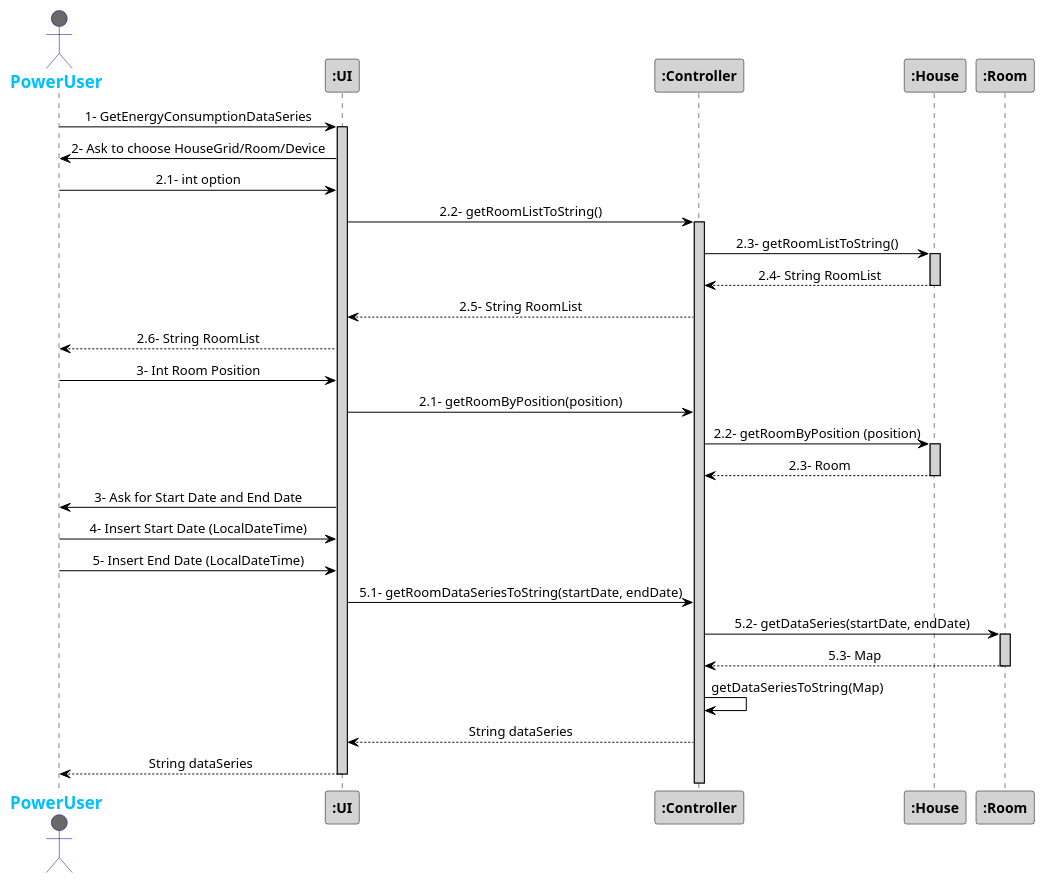
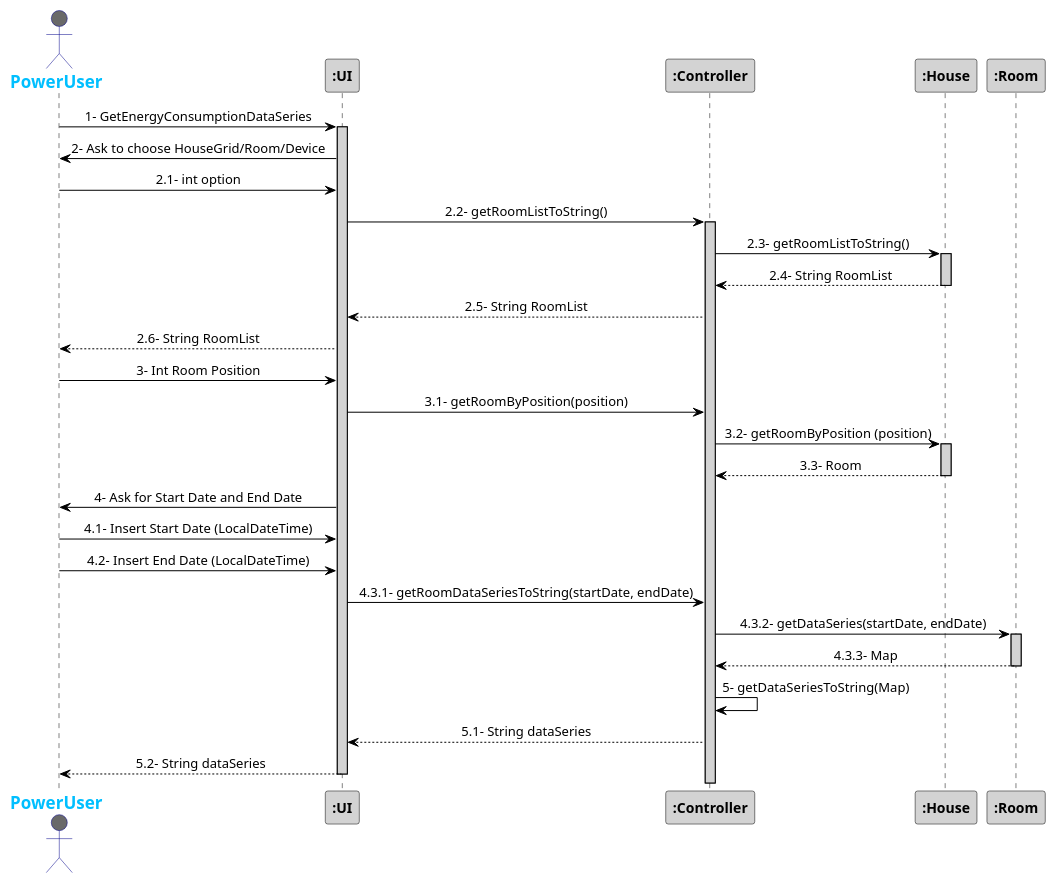
One commit to 1181687/hateoasToy changed the diagram in src/Docs/Sprint3/GetEnergyConsumptionDataSeriesInterval.puml. Above: the diagram before and after it, drawn with PlantUML.

Commit message:
Adresses #93 Changed GetEnergyConsumptionDataSeriesInterval sequence diagram

```diff
--- a/src/Docs/Sprint3/GetEnergyConsumptionDataSeriesInterval.puml
+++ b/src/Docs/Sprint3/GetEnergyConsumptionDataSeriesInterval.puml
@@ -1,55 +1,55 @@
 @startuml
 skinparam sequenceMessageAlign center
 skinparam sequence {
 	ArrowColor Black
 	ActorBorderColor DarkBlue
 	LifeLineBorderColor black
 	LifeLineBackgroundColor LightGrey
 
 	ParticipantBorderColor Black
 	ParticipantBackgroundColor LightGrey
 	ParticipantFontStyle Bold
 
 	ActorBackgroundColor DimGrey
 	ActorFontColor DeepSkyBlue
 	ActorFontStyle Bold
 	ActorFontSize 17
 	ActorFontName Aapex
 }
 
 actor PowerUser
 PowerUser -> ":UI": 1- GetEnergyConsumptionDataSeries
 activate ":UI"
 PowerUser <- ":UI": 2- Ask to choose HouseGrid/Room/Device
 PowerUser -> ":UI": 2.1- int option
 ":UI" -> ":Controller": 2.2- getRoomListToString()
 activate ":Controller"
 ":Controller" -> ":House": 2.3- getRoomListToString()
 activate ":House"
 ":Controller" <-- ":House": 2.4- String RoomList
 deactivate ":House"
 ":UI" <-- ":Controller": 2.5- String RoomList
 PowerUser <-- ":UI": 2.6- String RoomList
 
 PowerUser -> ":UI": 3- Int Room Position
-":UI" -> ":Controller": 2.1- getRoomByPosition(position)
-":Controller" -> ":House": 2.2- getRoomByPosition (position)
+":UI" -> ":Controller": 3.1- getRoomByPosition(position)
+":Controller" -> ":House": 3.2- getRoomByPosition (position)
 activate ":House"
-":Controller" <-- ":House": 2.3- Room
+":Controller" <-- ":House": 3.3- Room
 deactivate ":House"
 
-PowerUser <- ":UI": 3- Ask for Start Date and End Date
+PowerUser <- ":UI": 4- Ask for Start Date and End Date
 
-PowerUser -> ":UI": 4- Insert Start Date (LocalDateTime)
-PowerUser -> ":UI": 5- Insert End Date (LocalDateTime)
-":UI" -> ":Controller": 5.1- getRoomDataSeriesToString(startDate, endDate)
-":Controller" -> ":Room": 5.2- getDataSeries(startDate, endDate)
+PowerUser -> ":UI": 4.1- Insert Start Date (LocalDateTime)
+PowerUser -> ":UI": 4.2- Insert End Date (LocalDateTime)
+":UI" -> ":Controller": 4.3.1- getRoomDataSeriesToString(startDate, endDate)
+":Controller" -> ":Room": 4.3.2- getDataSeries(startDate, endDate)
 activate ":Room"
-":Controller" <-- ":Room": 5.3- Map
+":Controller" <-- ":Room": 4.3.3- Map
 deactivate ":Room"
-":Controller" -> ":Controller": getDataSeriesToString(Map)
-":Controller" --> ":UI": String dataSeries
-PowerUser <-- ":UI": String dataSeries
+":Controller" -> ":Controller": 5- getDataSeriesToString(Map)
+":Controller" --> ":UI": 5.1- String dataSeries
+PowerUser <-- ":UI": 5.2- String dataSeries
 deactivate ":UI"
 
 @enduml
```
